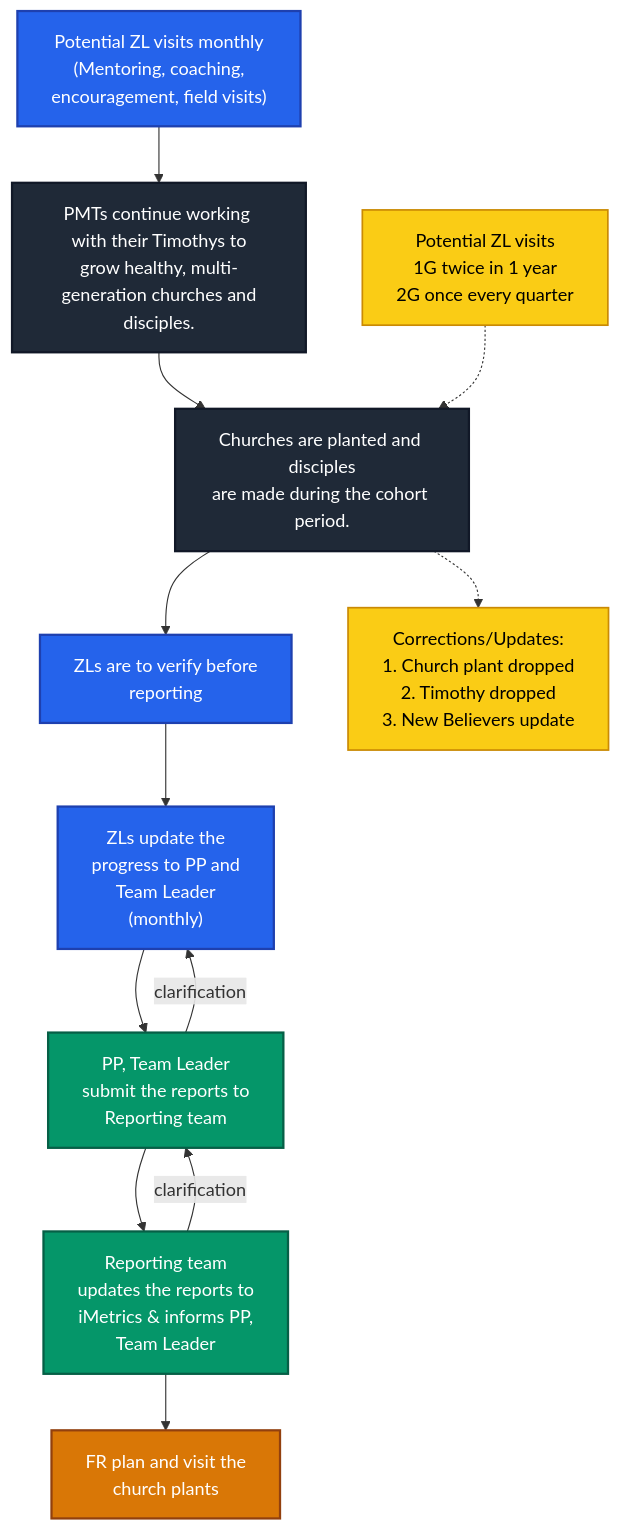
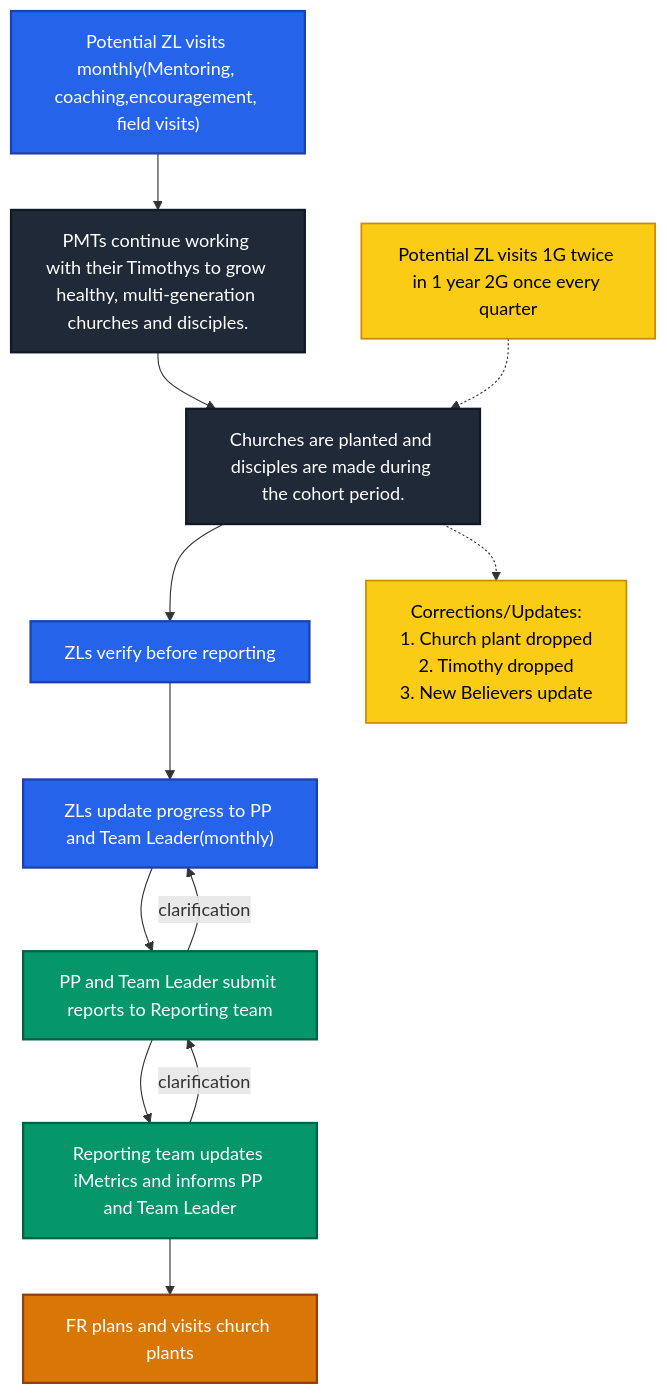
Before and after one commit to saisingh-droid/data-entry-guide: the diagram in content/Data Entry (A-Z)/Tutorials/iMetrics Web/4. Post Graduate C_P?.md, drawn with Mermaid.

Commit message:
Quartz sync: Mar 26, 2026, 12:36 PM

````diff
--- a/content/Data Entry (A-Z)/Tutorials/iMetrics Web/4. Post Graduate C_P?.md
+++ b/content/Data Entry (A-Z)/Tutorials/iMetrics Web/4. Post Graduate C_P?.md
@@ -19,7 +19,7 @@
 ```mermaid
 graph TD
 
-%% Custom Styling & Colors provided by you
+%% Styling
 
 classDef core fill:#1f2937,color:#ffffff,stroke:#111827,stroke-width:2px;
 
@@ -31,73 +31,49 @@
 
 classDef side fill:#facc15,color:#000000,stroke:#ca8a04,stroke-width:1.5px;
 
-classDef guidelines fill:#fafafa,stroke:#333,stroke-width:2px,stroke-dasharray: 5 5,color:#333,text-align:left;
+  
+
+%% Nodes
+
+A["Potential ZL visits monthly(Mentoring, coaching,encouragement, field visits)"]:::zl
+
+B["PMTs continue working with their Timothys to grow healthy, multi-generation churches and disciples."]:::core
+
+C["Potential ZL visits 1G twice in 1 year 2G once every quarter"]:::side
+
+D["Churches are planted and disciples are made during the cohort period."]:::core
+
+E["ZLs verify before reporting"]:::zl
+
+F["Corrections/Updates:<br>1. Church plant dropped <br>2. Timothy dropped <br>3. New Believers update"]:::side
+
+G["ZLs update progress to PP and Team Leader(monthly)"]:::zl
+
+H["PP and Team Leader submit reports to Reporting team"]:::reporting
+
+I["Reporting team updates iMetrics and informs PP and Team Leader"]:::reporting
+
+J["FR plans and visits church plants"]:::fr
 
   
 
-%% Main Nodes
+%% Flow
 
-A["Potential ZL visits monthly<br/>(Mentoring, coaching,<br/>encouragement, field visits)"]:::zl
+A --> B --> D --> E --> G --> H --> I --> J
 
-B["PMTs continue working with their Timothys to<br/>grow healthy, multi-generation churches and<br/>disciples."]:::core
-
-C["Potential ZL visits<br/>1G twice in 1 year<br/>2G once every quarter"]:::side
-
-D["Churches are planted and disciples<br/>are made during the cohort period."]:::core
-
-E["ZLs are to verify before<br/>reporting"]:::zl
-
-F["Corrections/Updates:<br/>1. Church plant dropped<br/>2. Timothy dropped<br/>3. New Believers update"]:::side
-
-G["ZLs update the<br/>progress to PP and<br/>Team Leader<br/>(monthly)"]:::zl
-
-H["PP, Team Leader<br/>submit the reports to<br/>Reporting team"]:::reporting
-
-I["Reporting team<br/>updates the reports to<br/>iMetrics & informs PP,<br/>Team Leader"]:::reporting
-
-J["FR plan and visit the<br/>church plants"]:::fr
   
 
-%% Relationships / Edges
+%% Side links
 
-A --> B
-
-B --> D
-
-%%C --> D
-
-D --> E
-
-E --> G
-
-%% Dashed line for updates
-
-%%F -.-> D
+C -.-> D
 
 D -.-> F
 
-C -.-> D
-
   
 
-%% Forward Reporting Flow
+%% Feedback loops
 
-G --> H
+H -- "clarification" --> G
 
-H --> I
-
-I --> J
-
-  
-
-%% Red Clarification Feedback Loops
-
-H -- "<span style='color:#cc0000; font-weight:bold'>clarification</span>" --> G
-
-I -- "<span style='color:#cc0000; font-weight:bold'>clarification</span>" --> H
-
-
-%% Invisible link to nicely position the guidelines box at the bottom
-
-%%J ~~~ K
+I -- "clarification" --> H
 ```
````
